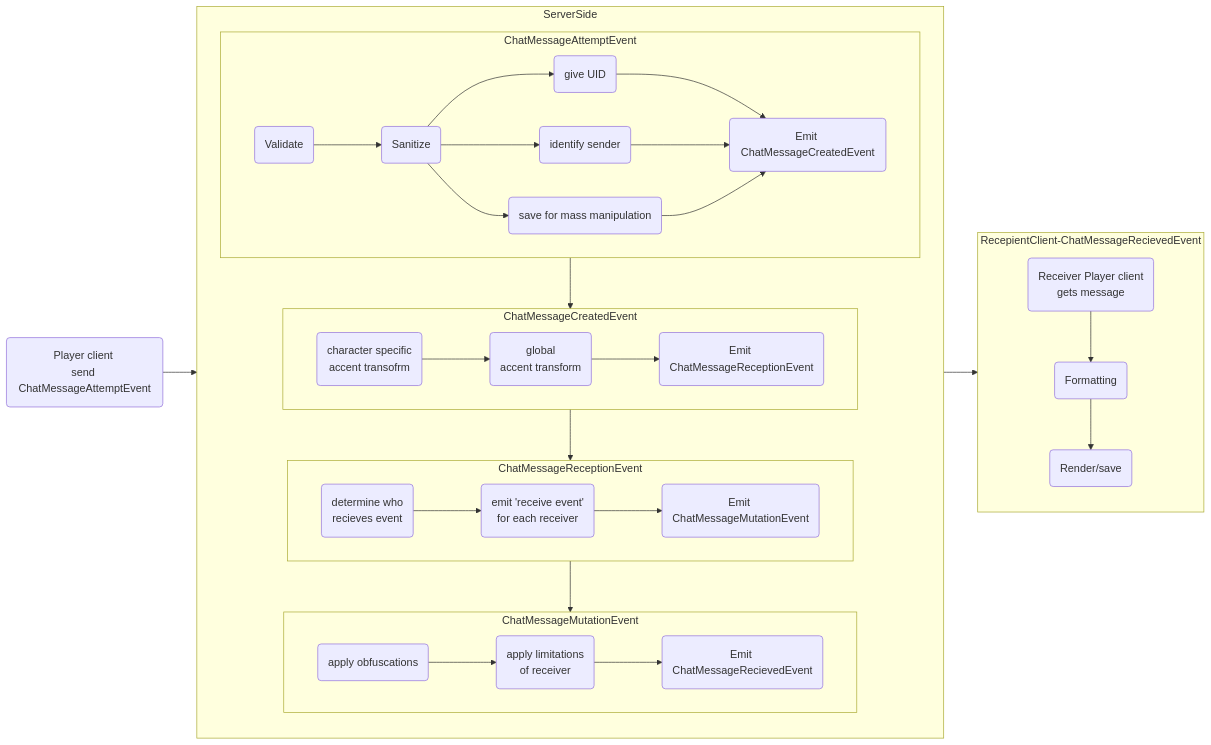
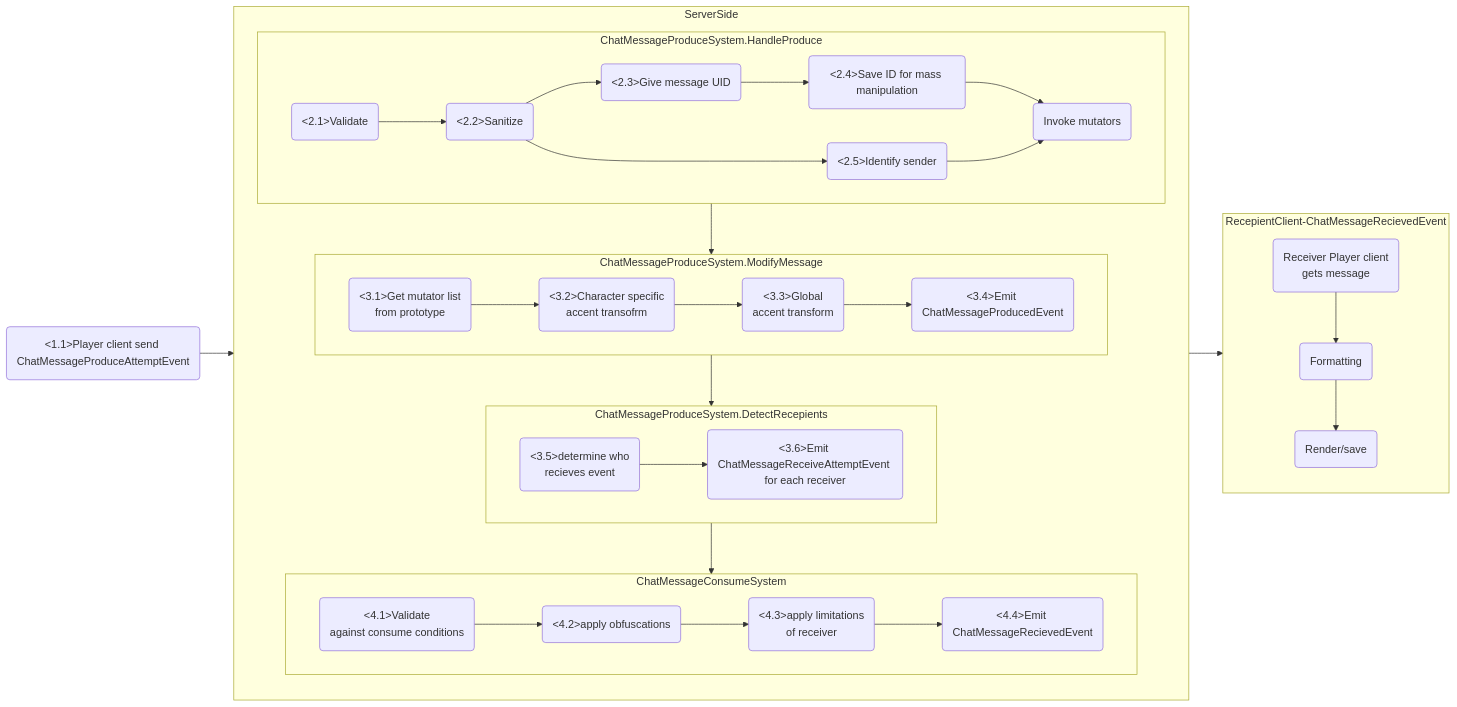
Before and after one commit to space-wizards/docs: the fifth of 5 diagrams in src/en/space-station-14/chat.md, drawn with Mermaid. The commit also changed other lines of this file, not shown here.

````diff
--- a/src/en/space-station-14/chat.md
+++ b/src/en/space-station-14/chat.md
@@ -498,39 +416,39 @@
 ```mermaid
   graph LR;
-	A(Player client \nsend ChatMessageAttemptEvent)-->ServerSide;
+	A(<1.1>Player client send <br>ChatMessageProduceAttemptEvent)-->ServerSide;
 	ServerSide-->RecepientClient-ChatMessageRecievedEvent
 	subgraph ServerSide
-		subgraph ChatMessageAttemptEvent
-			B0(Validate)-->B1(Sanitize)
-			B1-->D1(give UID)
-			B1-->D2(identify sender)
-			B1-->D3(save for mass manipulation)
-			D1-->DF(Emit ChatMessageCreatedEvent)
+		subgraph ChatMessageProduceSystem.HandleProduce
+			B0(<2.1>Validate)-->B1(<2.2>Sanitize)
+			B1-->D1(<2.3>Give message UID)
+			B1-->D2(<2.5>Identify sender)
+			D1-->D3(<2.4>Save ID for mass manipulation)
+			D3-->DF(Invoke mutators)
 			D2-->DF
-			D3-->DF
 		end
-		subgraph ChatMessageCreatedEvent
-			E1(character specific \naccent transofrm)
-			E1-->E2(global \n accent transform)
-			E2-->E3(Emit ChatMessageReceptionEvent)
+		subgraph ChatMessageProduceSystem.ModifyMessage
+			E0(<3.1>Get mutator list <br>from prototype)-->E1
+			E1(<3.2>Character specific <br>accent transofrm)
+			E1-->E2(<3.3>Global <br> accent transform)
+			E2-->E3(<3.4>Emit ChatMessageProducedEvent)
 		end
-		subgraph ChatMessageReceptionEvent
-			C1(determine who \nrecieves event)-->C2(emit 'receive event' \nfor each receiver)
-			C2-->C3(Emit ChatMessageMutationEvent)
+		subgraph ChatMessageProduceSystem.DetectRecepients
+			C1(<3.5>determine who <br>recieves event)-->C2(<3.6>Emit ChatMessageReceiveAttemptEvent <br>for each receiver)
 		end
-		subgraph ChatMessageMutationEvent
-			F3(apply obfuscations)-->F4(apply limitations \nof receiver)
-			F4-->F5(Emit ChatMessageRecievedEvent)
+		subgraph ChatMessageConsumeSystem
+			F3(<4.1>Validate <br>against consume conditions)-->F4
+			F4(<4.2>apply obfuscations)-->F5(<4.3>apply limitations <br>of receiver)
+			F5-->F6(<4.4>Emit ChatMessageRecievedEvent)
 		end
 
-	  	ChatMessageAttemptEvent-->ChatMessageCreatedEvent
-		ChatMessageCreatedEvent-->ChatMessageReceptionEvent
-		ChatMessageReceptionEvent-->ChatMessageMutationEvent
+	  	ChatMessageProduceSystem.HandleProduce-->ChatMessageProduceSystem.ModifyMessage
+		ChatMessageProduceSystem.ModifyMessage-->ChatMessageProduceSystem.DetectRecepients
+		ChatMessageProduceSystem.DetectRecepients-->ChatMessageConsumeSystem
 		
 	end
 	subgraph RecepientClient-ChatMessageRecievedEvent
-		F0(Receiver Player client \ngets message)-->F1(Formatting)
+		F0(Receiver Player client <br>gets message)-->F1(Formatting)
 		F1-->F2(Render/save)
 	end
 
 ```
````
